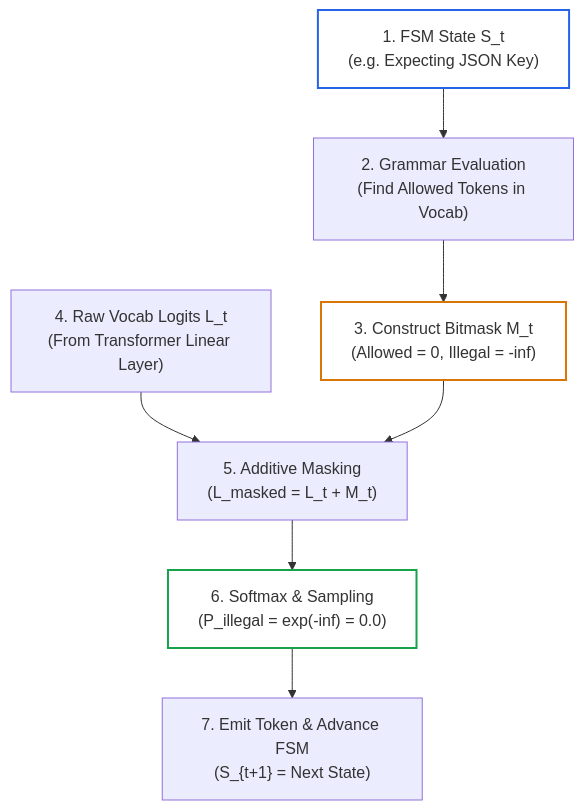
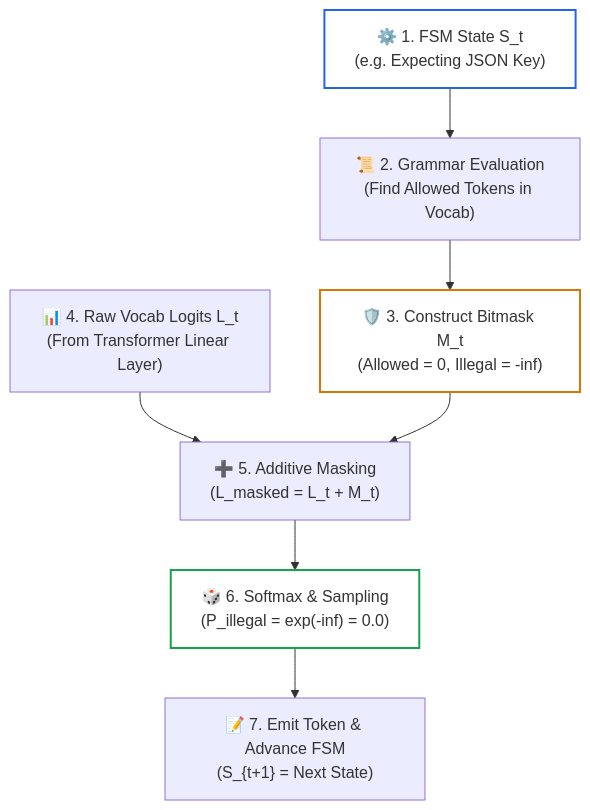
One commit to dip4k/senior-engineer-to-ai-engineer-roadmap changed the diagram in 01-prompt-and-context-engineering/04-constrained-decoding-and-schema-fsm.md. Above: the diagram before and after it, drawn with Mermaid. The commit also changed other lines of this file and 39 other files, not shown here.

First line of the commit message:
feat(curriculum): upgrade mermaid diagrams with unicode icons & codify anti-bloat layout rules

````diff
--- a/01-prompt-and-context-engineering/04-constrained-decoding-and-schema-fsm.md
+++ b/01-prompt-and-context-engineering/04-constrained-decoding-and-schema-fsm.md
@@ -97,13 +97,13 @@
 ```mermaid
 flowchart TD
-    State["1. FSM State S_t<br>(e.g. Expecting JSON Key)"] --> Query["2. Grammar Evaluation<br>(Find Allowed Tokens in Vocab)"]
-    Query --> Mask["3. Construct Bitmask M_t<br>(Allowed = 0, Illegal = -inf)"]
-    Logits["4. Raw Vocab Logits L_t<br>(From Transformer Linear Layer)"] --> Add["5. Additive Masking<br>(L_masked = L_t + M_t)"]
+    State["⚙️ 1. FSM State S_t<br>(e.g. Expecting JSON Key)"] --> Query["📜 2. Grammar Evaluation<br>(Find Allowed Tokens in Vocab)"]
+    Query --> Mask["🛡️ 3. Construct Bitmask M_t<br>(Allowed = 0, Illegal = -inf)"]
+    Logits["📊 4. Raw Vocab Logits L_t<br>(From Transformer Linear Layer)"] --> Add["➕ 5. Additive Masking<br>(L_masked = L_t + M_t)"]
     Mask --> Add
-    Add --> Softmax["6. Softmax & Sampling<br>(P_illegal = exp(-inf) = 0.0)"]
-    Softmax --> Emit["7. Emit Token & Advance FSM<br>(S_{t+1} = Next State)"]
+    Add --> Softmax["🎲 6. Softmax & Sampling<br>(P_illegal = exp(-inf) = 0.0)"]
+    Softmax --> Emit["📝 7. Emit Token & Advance FSM<br>(S_{t+1} = Next State)"]
 
     style State fill:none,stroke:#2563eb,stroke-width:2px
     style Mask fill:none,stroke:#d97706,stroke-width:2px
     style Softmax fill:none,stroke:#16a34a,stroke-width:2px
 ```
````
